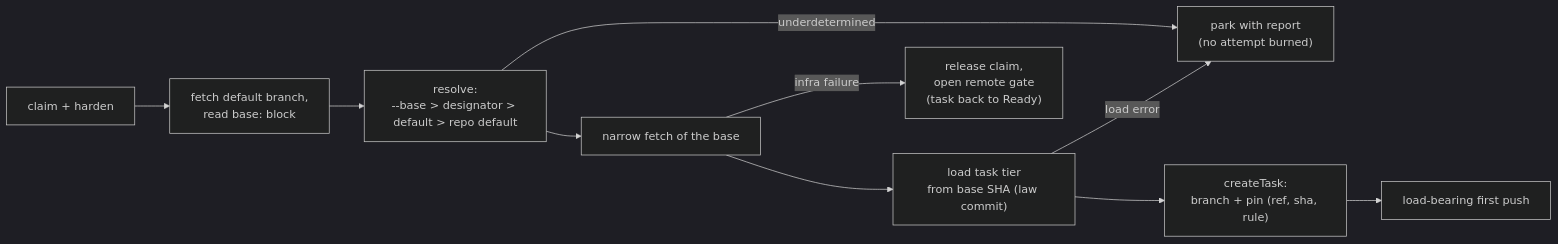
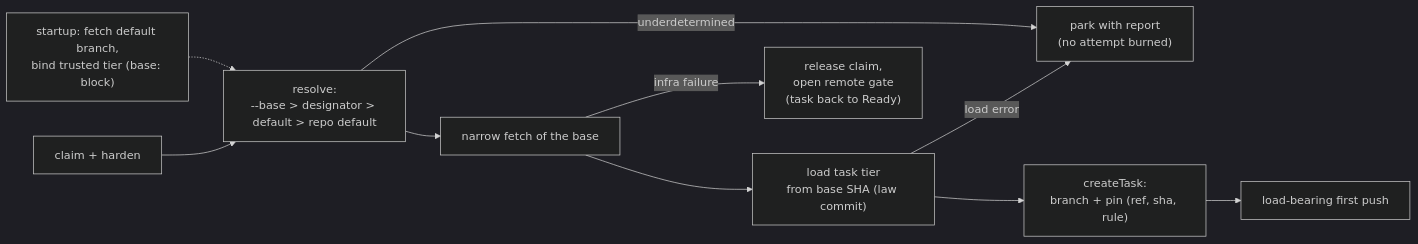
Before and after one commit to oinsio/gnomish-factory: the diagram in openspec/changes/add-base-ref-resolution/design.md, drawn with Mermaid (dark theme). The commit also changed other lines of this file and 6 other files, not shown here.

````diff
--- a/openspec/changes/add-base-ref-resolution/design.md
+++ b/openspec/changes/add-base-ref-resolution/design.md
@@ -320,12 +341,12 @@
 ```mermaid
 flowchart LR
-    Claim["claim + harden"] --> Cfg["fetch default branch,<br/>read base: block"]
-    Cfg --> Resolve["resolve:<br/>--base > designator > default > repo default"]
+    Start["startup: fetch default branch,<br/>bind trusted tier (base: block)"] -.-> Resolve
+    Claim["claim + harden"] --> Resolve["resolve:<br/>--base > designator > default > repo default"]
     Resolve -->|underdetermined| Park["park with report<br/>(no attempt burned)"]
     Resolve --> Fetch["narrow fetch of the base"]
     Fetch -->|infra failure| Release["release claim,<br/>open remote gate<br/>(task back to Ready)"]
     Fetch --> Law["load task tier<br/>from base SHA (law commit)"]
     Law -->|load error| Park
     Law --> Create["createTask:<br/>branch + pin (ref, sha, rule)"]
     Create --> Push["load-bearing first push"]
 ```
````
